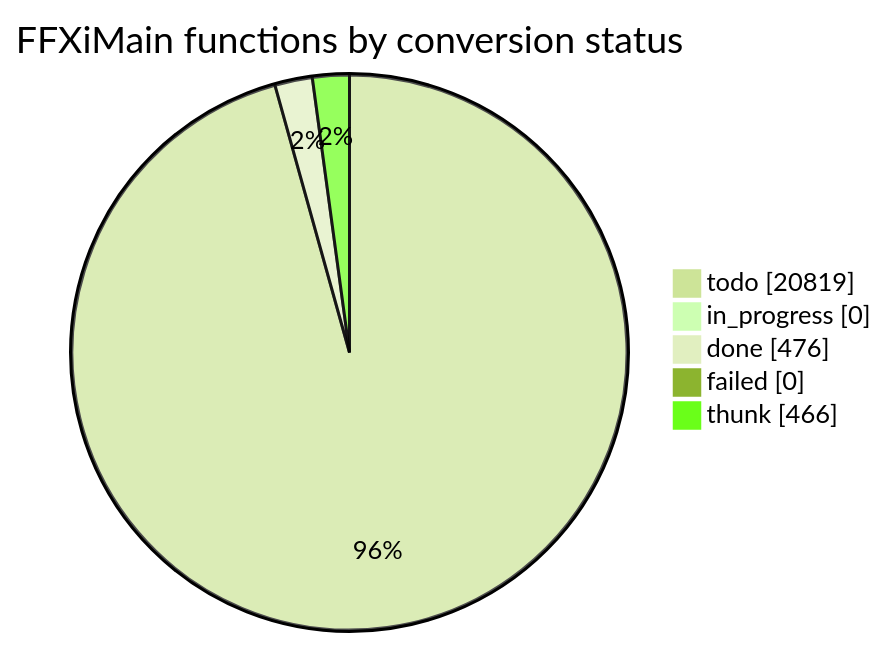
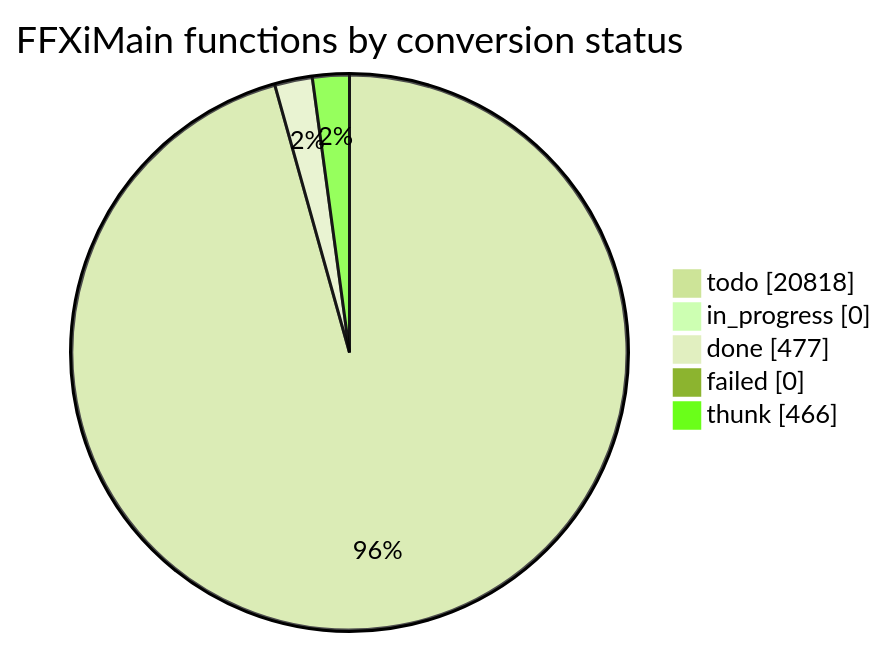
One commit to cowrevenge/cow_kuluu_xi_anything changed the diagram in docs/cow/STATUS.md. Above: the diagram before and after it, drawn with Mermaid (forest theme). The commit also changed other lines of this file and 9 other files, not shown here.

````diff
--- a/docs/cow/STATUS.md
+++ b/docs/cow/STATUS.md
@@ -18,9 +18,9 @@
 ```mermaid
 pie showData
     title FFXiMain functions by conversion status
-    "todo" : 20819
+    "todo" : 20818
     "in_progress" : 0
-    "done" : 476
+    "done" : 477
     "failed" : 0
     "thunk" : 466
 ```
````
